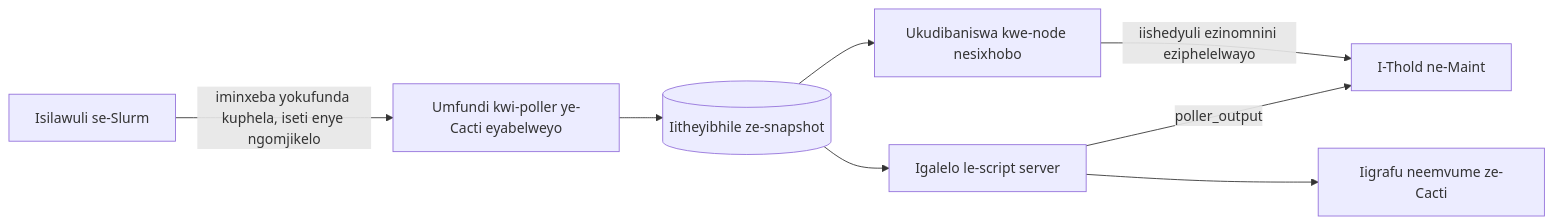
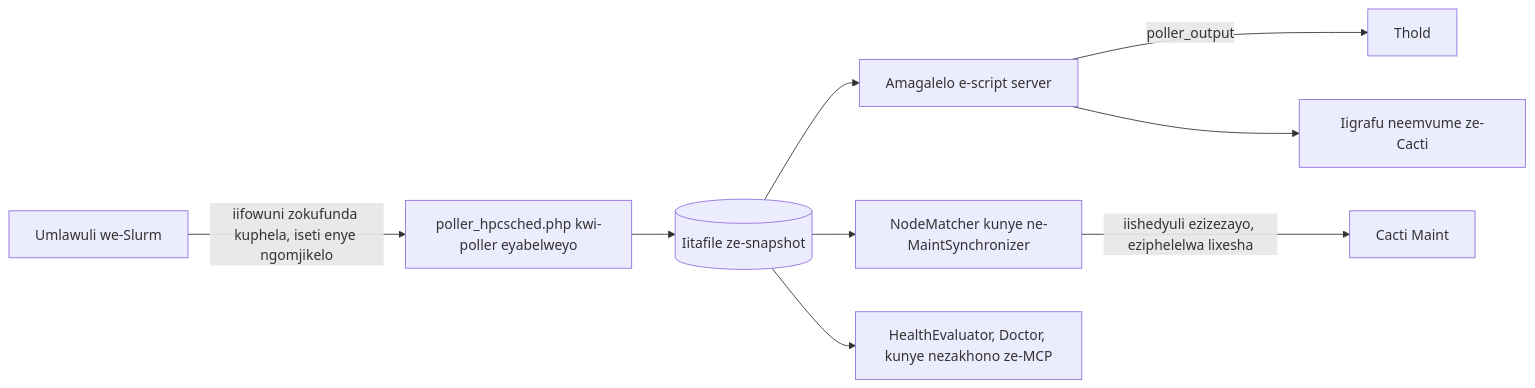
The diagram in docs/i18n/xh-ZA/README.md (somethingwithproof/plugin_hpcsched), drawn with Mermaid before and after one commit. The commit also changed other lines of this file and 48 other files, not shown here.

````diff
--- a/docs/i18n/xh-ZA/README.md
+++ b/docs/i18n/xh-ZA/README.md
@@ -109,10 +163,11 @@
 ```mermaid
 flowchart LR
-    S[Isilawuli se-Slurm] -->|iminxeba yokufunda kuphela, iseti enye ngomjikelo| R[Umfundi kwi-poller ye-Cacti eyabelweyo]
-    R --> SNAP[(Iitheyibhile ze-snapshot)]
-    SNAP --> SS[Igalelo le-script server]
-    SS -->|poller_output| T[I-Thold ne-Maint]
+    S[Umlawuli we-Slurm] -->|iifowuni zokufunda kuphela, iseti enye ngomjikelo| R[poller_hpcsched.php kwi-poller eyabelweyo]
+    R --> SNAP[(Iitafile ze-snapshot)]
+    SNAP --> SS[Amagalelo e-script server]
+    SS -->|poller_output| T[Thold]
     SS --> G[Iigrafu neemvume ze-Cacti]
-    SNAP --> MAP[Ukudibaniswa kwe-node nesixhobo]
-    MAP -->|iishedyuli ezinomnini eziphelelwayo| T
+    SNAP --> MAP[NodeMatcher kunye ne-MaintSynchronizer]
+    MAP -->|iishedyuli ezizezayo, eziphelelwa lixesha| M[Cacti Maint]
+    SNAP --> H[HealthEvaluator, Doctor, kunye nezakhono ze-MCP]
 ```
````
